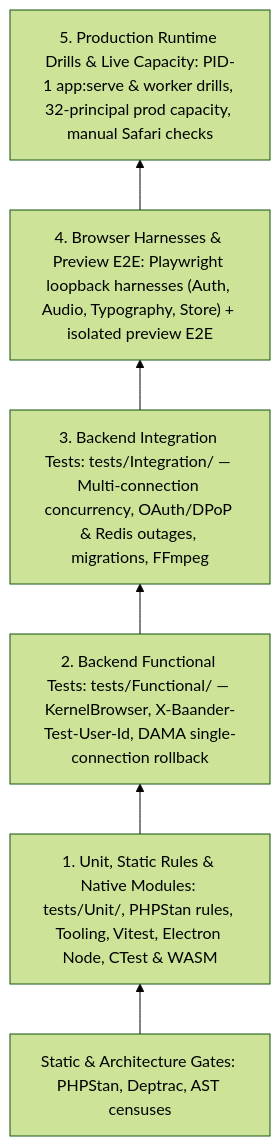
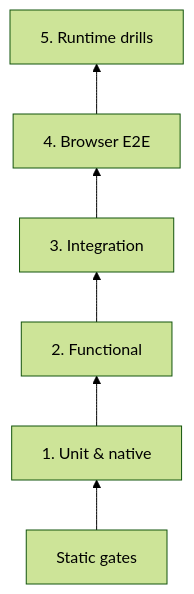
Before and after one commit to baander-app/baander: the diagram in docs-book/part-2-developer-guide/testing/testing-pyramid.md, drawn with Mermaid (forest theme). The commit also changed 5 other files, not shown here.

Commit message:
docs: shorten Mermaid node and edge labels for readability

````diff
--- a/docs-book/part-2-developer-guide/testing/testing-pyramid.md
+++ b/docs-book/part-2-developer-guide/testing/testing-pyramid.md
@@ -9,17 +9,17 @@
 ```mermaid
 flowchart BT
     accTitle: Bånder testing pyramid and static gates
     accDescr: Verification starts at the bottom with static analysis and AST censuses alongside unit, PHPStan rule, tooling, Vitest, Electron Node, and native CTest and WASM suites. Above that sit single-connection Symfony functional tests, then multi-connection and fault-injected backend integration tests, then Playwright loopback browser harnesses and isolated preview E2E suites, and finally production-mode live-update capacity qualification, PID-1 runtime drills, and manual hardware checks at the top.
-    static["Static & Architecture Gates: PHPStan, Deptrac, AST censuses"]
-    layer1["1. Unit, Static Rules & Native Modules: tests/Unit/, PHPStan rules, Tooling, Vitest, Electron Node, CTest & WASM"]
-    layer2["2. Backend Functional Tests: tests/Functional/ — KernelBrowser, X-Baander-Test-User-Id, DAMA single-connection rollback"]
-    layer3["3. Backend Integration Tests: tests/Integration/ — Multi-connection concurrency, OAuth/DPoP & Redis outages, migrations, FFmpeg"]
-    layer4["4. Browser Harnesses & Preview E2E: Playwright loopback harnesses (Auth, Audio, Typography, Store) + isolated preview E2E"]
-    layer5["5. Production Runtime Drills & Live Capacity: PID-1 app:serve & worker drills, 32-principal prod capacity, manual Safari checks"]
+    static[Static gates]
+    layer1[1. Unit & native]
+    layer2[2. Functional]
+    layer3[3. Integration]
+    layer4[4. Browser E2E]
+    layer5[5. Runtime drills]
 
     static --> layer1
     layer1 --> layer2
     layer2 --> layer3
     layer3 --> layer4
     layer4 --> layer5
 ```
````
